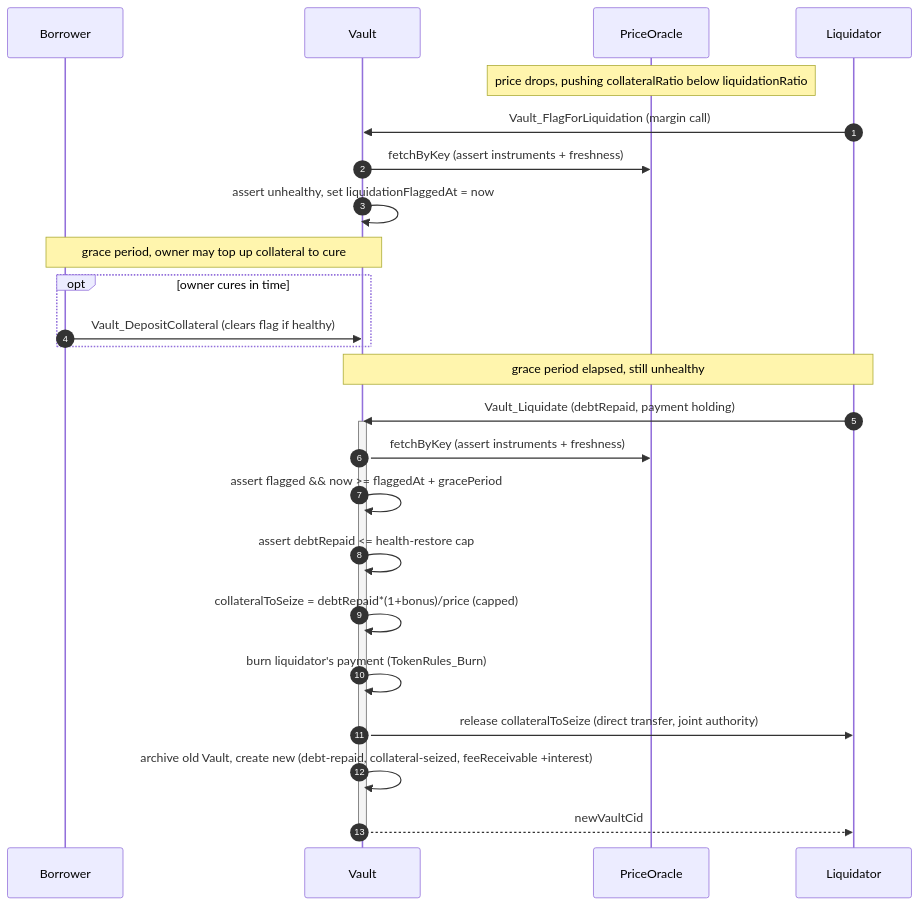
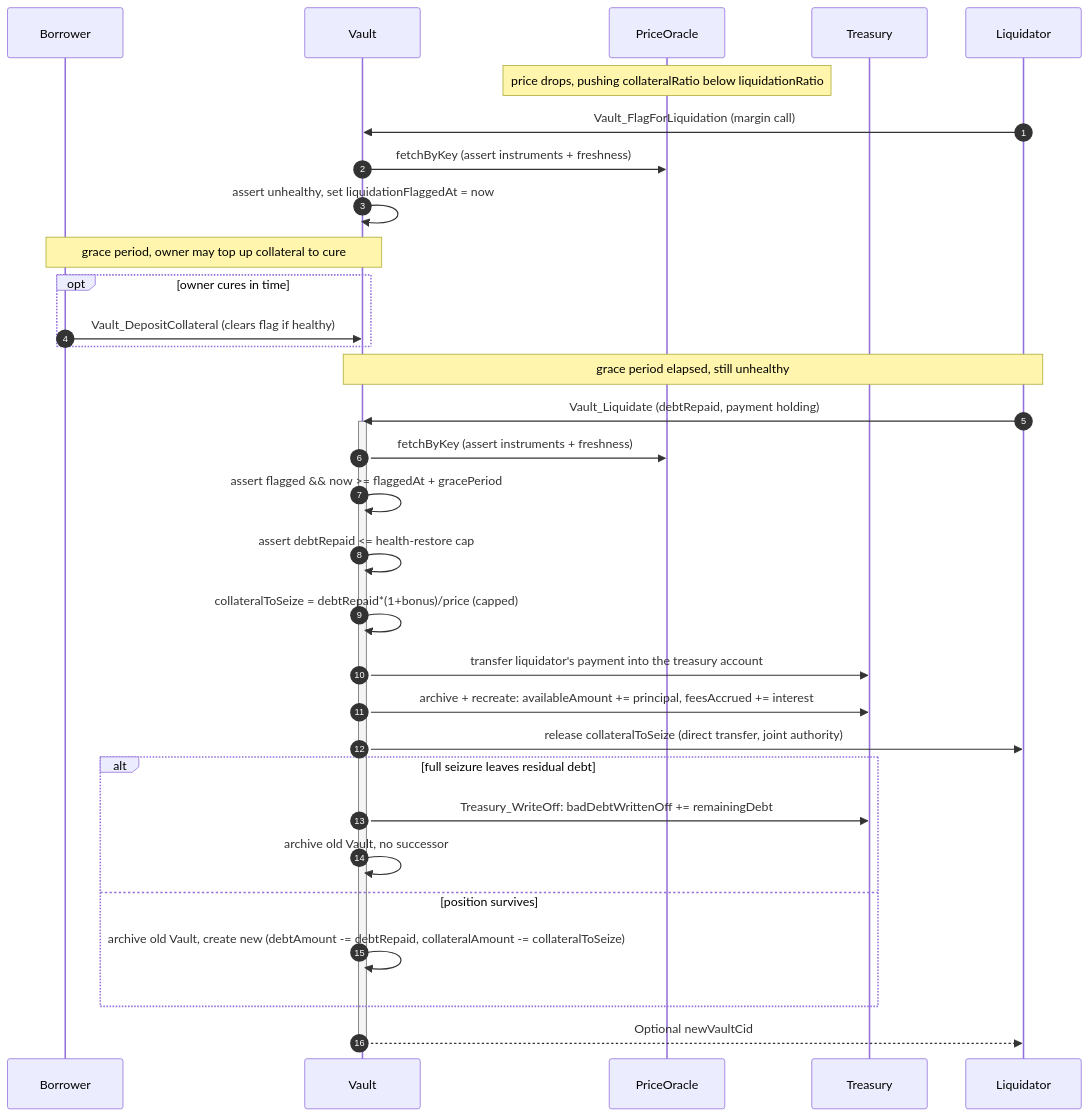
The eighth of 8 diagrams in docs/reference-architectures/lending.md (OpenZeppelin/canton-specs), drawn with Mermaid before and after one commit. The commit also changed other lines of this file and 3 other files, not shown here.

````diff
--- a/docs/reference-architectures/lending.md
+++ b/docs/reference-architectures/lending.md
@@ -386,29 +407,36 @@
 ```mermaid
 sequenceDiagram
     autonumber
     participant B as Borrower
     participant V as Vault
     participant O as PriceOracle
+    participant T as Treasury
     participant L as Liquidator
 
     note over O: price drops, pushing collateralRatio below liquidationRatio
     L->>V: Vault_FlagForLiquidation (margin call)
     V->>O: fetchByKey (assert instruments + freshness)
     V->>V: assert unhealthy, set liquidationFlaggedAt = now
     note over B,V: grace period, owner may top up collateral to cure
     opt owner cures in time
         B->>V: Vault_DepositCollateral (clears flag if healthy)
     end
     note over L,V: grace period elapsed, still unhealthy
     L->>V: Vault_Liquidate (debtRepaid, payment holding)
     activate V
     V->>O: fetchByKey (assert instruments + freshness)
     V->>V: assert flagged && now >= flaggedAt + gracePeriod
     V->>V: assert debtRepaid <= health-restore cap
     V->>V: collateralToSeize = debtRepaid*(1+bonus)/price (capped)
-    V->>V: burn liquidator's payment (TokenRules_Burn)
+    V->>T: transfer liquidator's payment into the treasury account
+    V->>T: archive + recreate: availableAmount += principal, feesAccrued += interest
     V->>L: release collateralToSeize (direct transfer, joint authority)
-    V->>V: archive old Vault, create new (debt-repaid, collateral-seized, feeReceivable +interest)
-    V-->>L: newVaultCid
+    alt full seizure leaves residual debt
+        V->>T: Treasury_WriteOff: badDebtWrittenOff += remainingDebt
+        V->>V: archive old Vault, no successor
+    else position survives
+        V->>V: archive old Vault, create new (debtAmount -= debtRepaid, collateralAmount -= collateralToSeize)
+    end
+    V-->>L: Optional newVaultCid
     deactivate V
 ```
````
